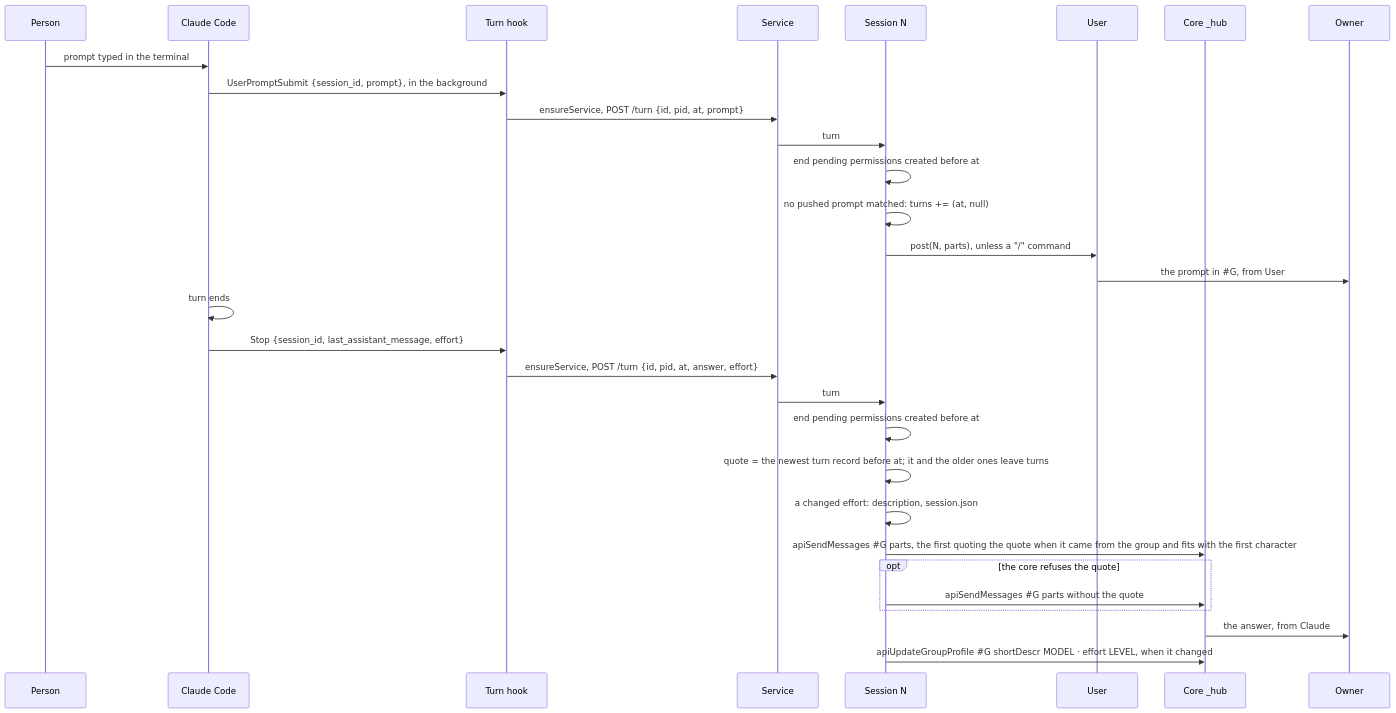
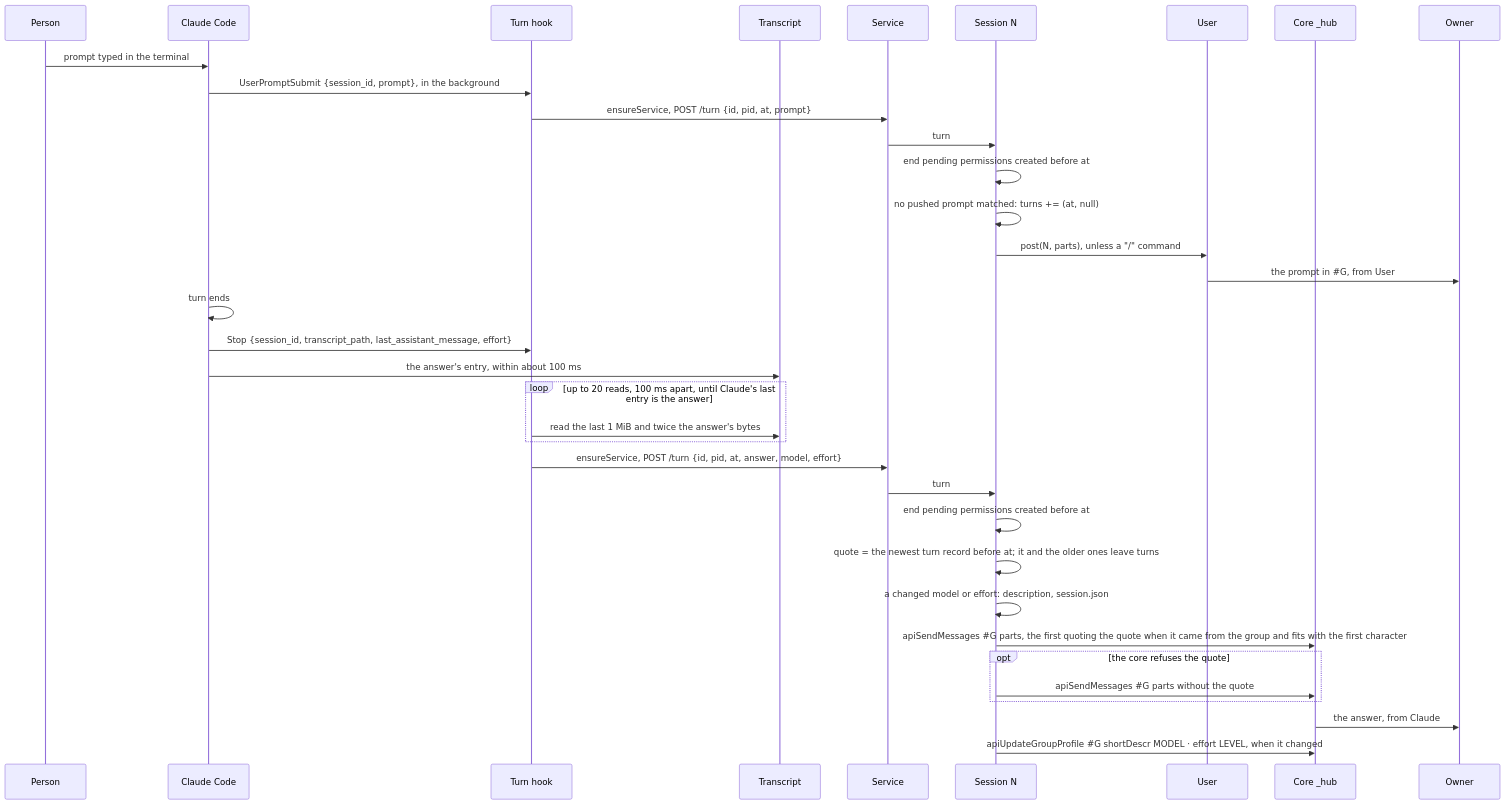
Before and after one commit to simplex-chat/simplex-chat: diagram 21 of 30 in packages/simplex-chat-mcp/spec/flows.md, drawn with Mermaid. The commit also changed other lines of this file and 5 other files, not shown here.

Commit message:
mcp, docs: the Stop hook reads the model of its answer

````diff
--- a/packages/simplex-chat-mcp/spec/flows.md
+++ b/packages/simplex-chat-mcp/spec/flows.md
@@ -950,32 +950,37 @@
 ```mermaid
 sequenceDiagram
   participant P as Person
   participant CC as Claude Code
   participant HK as Turn hook
+  participant T as Transcript
   participant D as Service
   participant N as Session N
   participant U as User
   participant C as Core _hub
   participant O as Owner
   P->>CC: prompt typed in the terminal
   CC->>HK: UserPromptSubmit {session_id, prompt}, in the background
   HK->>D: ensureService, POST /turn {id, pid, at, prompt}
   D->>N: turn
   N->>N: end pending permissions created before at
   N->>N: no pushed prompt matched: turns += (at, null)
   N->>U: post(N, parts), unless a "/" command
   U->>O: the prompt in #35;G, from User
   CC->>CC: turn ends
-  CC->>HK: Stop {session_id, last_assistant_message, effort}
-  HK->>D: ensureService, POST /turn {id, pid, at, answer, effort}
+  CC->>HK: Stop {session_id, transcript_path, last_assistant_message, effort}
+  CC->>T: the answer's entry, within about 100 ms
+  loop up to 20 reads, 100 ms apart, until Claude's last entry is the answer
+    HK->>T: read the last 1 MiB and twice the answer's bytes
+  end
+  HK->>D: ensureService, POST /turn {id, pid, at, answer, model, effort}
   D->>N: turn
   N->>N: end pending permissions created before at
   N->>N: quote = the newest turn record before at#59; it and the older ones leave turns
-  N->>N: a changed effort: description, session.json
+  N->>N: a changed model or effort: description, session.json
   N->>C: apiSendMessages #35;G parts, the first quoting the quote when it came from the group and fits with the first character
   opt the core refuses the quote
     N->>C: apiSendMessages #35;G parts without the quote
   end
   C->>O: the answer, from Claude
   N->>C: apiUpdateGroupProfile #35;G shortDescr MODEL · effort LEVEL, when it changed
 ```
````
